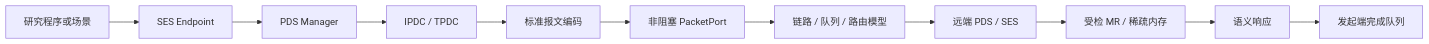
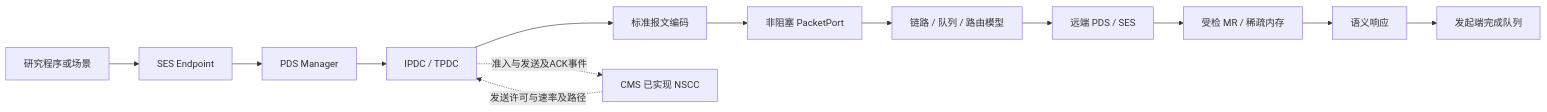
The diagram in DOC/ue11/ARCHITECTURE.md (lipu0324/Soft-UE), drawn with Mermaid before and after one commit. The commit also changed other lines of this file and 1 other file, not shown here.

Commit message:
Align research architecture and normative ledger with implemented semantics

````diff
--- a/DOC/ue11/ARCHITECTURE.md
+++ b/DOC/ue11/ARCHITECTURE.md
@@ -7,13 +7,15 @@
 ```mermaid
 flowchart LR
     Application[研究程序或场景] --> Endpoint[SES Endpoint]
     Endpoint --> Manager[PDS Manager]
     Manager --> PDC[IPDC / TPDC]
     PDC --> Codec[标准报文编码]
+    PDC -.准入与发送及ACK事件.-> CMS[CMS 已实现 NSCC]
+    CMS -.发送许可与速率及路径.-> PDC
     Codec --> Port[非阻塞 PacketPort]
     Port --> Fabric[链路 / 队列 / 路由模型]
     Fabric --> Peer[远端 PDS / SES]
     Peer --> Memory[受检 MR / 稀疏内存]
     Memory --> Response[语义响应]
     Response --> Completion[发起端完成队列]
 ```
````
